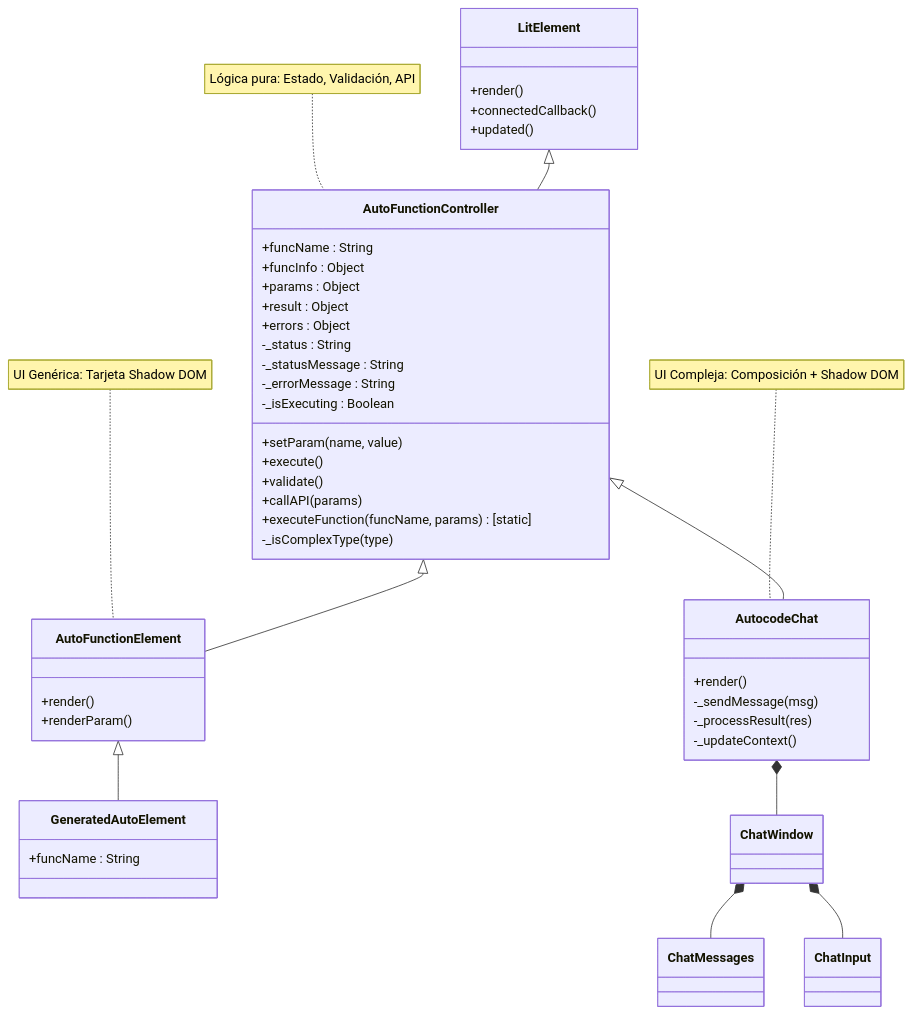
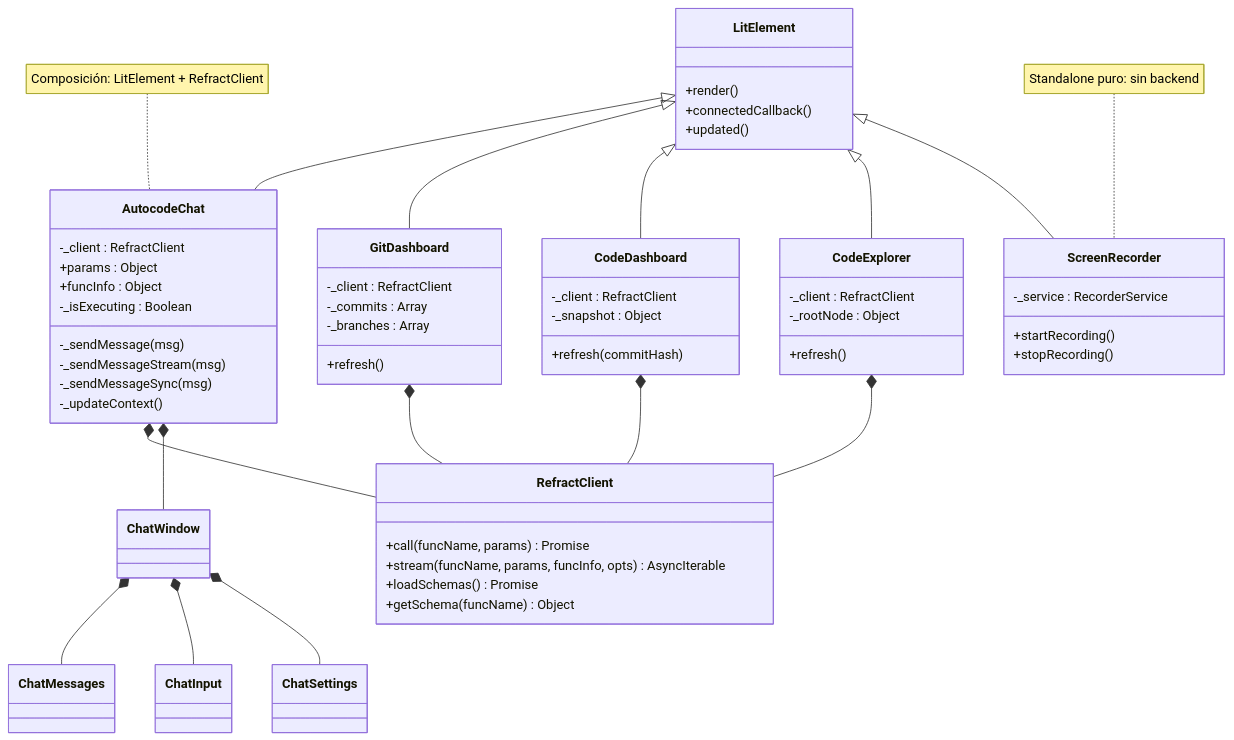
One commit to Brunvelop/autocode changed the first of 2 diagrams in autocode/web/elements/ARCHITECTURE.md. Above: the diagram before and after it, drawn with Mermaid. The commit also changed other lines of this file, not shown here.

First line of the commit message:
docs(elements): rewrite ARCHITECTURE.md to reflect current composition pattern

````diff
--- a/autocode/web/elements/ARCHITECTURE.md
+++ b/autocode/web/elements/ARCHITECTURE.md
@@ -11,57 +25,72 @@
 ```mermaid
 classDiagram
     direction TB
-    
-    LitElement <|-- AutoFunctionController
-    AutoFunctionController <|-- AutoFunctionElement
-    AutoFunctionController <|-- AutocodeChat
-    AutoFunctionElement <|-- GeneratedAutoElement
+
+    LitElement <|-- AutocodeChat
+    LitElement <|-- GitDashboard
+    LitElement <|-- CodeDashboard
+    LitElement <|-- CodeExplorer
+    LitElement <|-- ScreenRecorder
+
+    AutocodeChat *-- RefractClient
+    GitDashboard *-- RefractClient
+    CodeDashboard *-- RefractClient
+    CodeExplorer *-- RefractClient
 
     AutocodeChat *-- ChatWindow
     ChatWindow *-- ChatMessages
     ChatWindow *-- ChatInput
+    ChatWindow *-- ChatSettings
 
     class LitElement {
         +render()
         +connectedCallback()
         +updated()
     }
 
-    class AutoFunctionController {
-        +funcName : String
-        +funcInfo : Object
-        +params : Object
-        +result : Object
-        +errors : Object
-        -_status : String
-        -_statusMessage : String
-        -_errorMessage : String
-        -_isExecuting : Boolean
-        +setParam(name, value)
-        +execute()
-        +validate()
-        +callAPI(params)
-        +executeFunction(funcName, params) [static]
-        -_isComplexType(type)
-    }
-
-    class AutoFunctionElement {
-        +render()
-        +renderParam()
+    class RefractClient {
+        +call(funcName, params) Promise
+        +stream(funcName, params, funcInfo, opts) AsyncIterable
+        +loadSchemas() Promise
+        +getSchema(funcName) Object
     }
 
     class AutocodeChat {
-        +render()
+        -_client : RefractClient
+        +params : Object
+        +funcInfo : Object
+        -_isExecuting : Boolean
         -_sendMessage(msg)
-        -_processResult(res)
+        -_sendMessageStream(msg)
+        -_sendMessageSync(msg)
         -_updateContext()
     }
 
-    class GeneratedAutoElement {
-        +funcName : String
+    class GitDashboard {
+        -_client : RefractClient
+        -_commits : Array
+        -_branches : Array
+        +refresh()
     }
 
-    note for AutoFunctionController "Lógica pura: Estado, Validación, API"
-    note for AutoFunctionElement "UI Genérica: Tarjeta Shadow DOM"
-    note for AutocodeChat "UI Compleja: Composición + Shadow DOM"
+    class CodeDashboard {
+        -_client : RefractClient
+        -_snapshot : Object
+        +refresh(commitHash)
+    }
+
+    class CodeExplorer {
+        -_client : RefractClient
+        -_rootNode : Object
+        +refresh()
+    }
+
+    class ScreenRecorder {
+        -_service : RecorderService
+        +startRecording()
+        +stopRecording()
+    }
+
+    note for AutocodeChat "Composición: LitElement + RefractClient"
+    note for ScreenRecorder "Standalone puro: sin backend"
 ```
````
